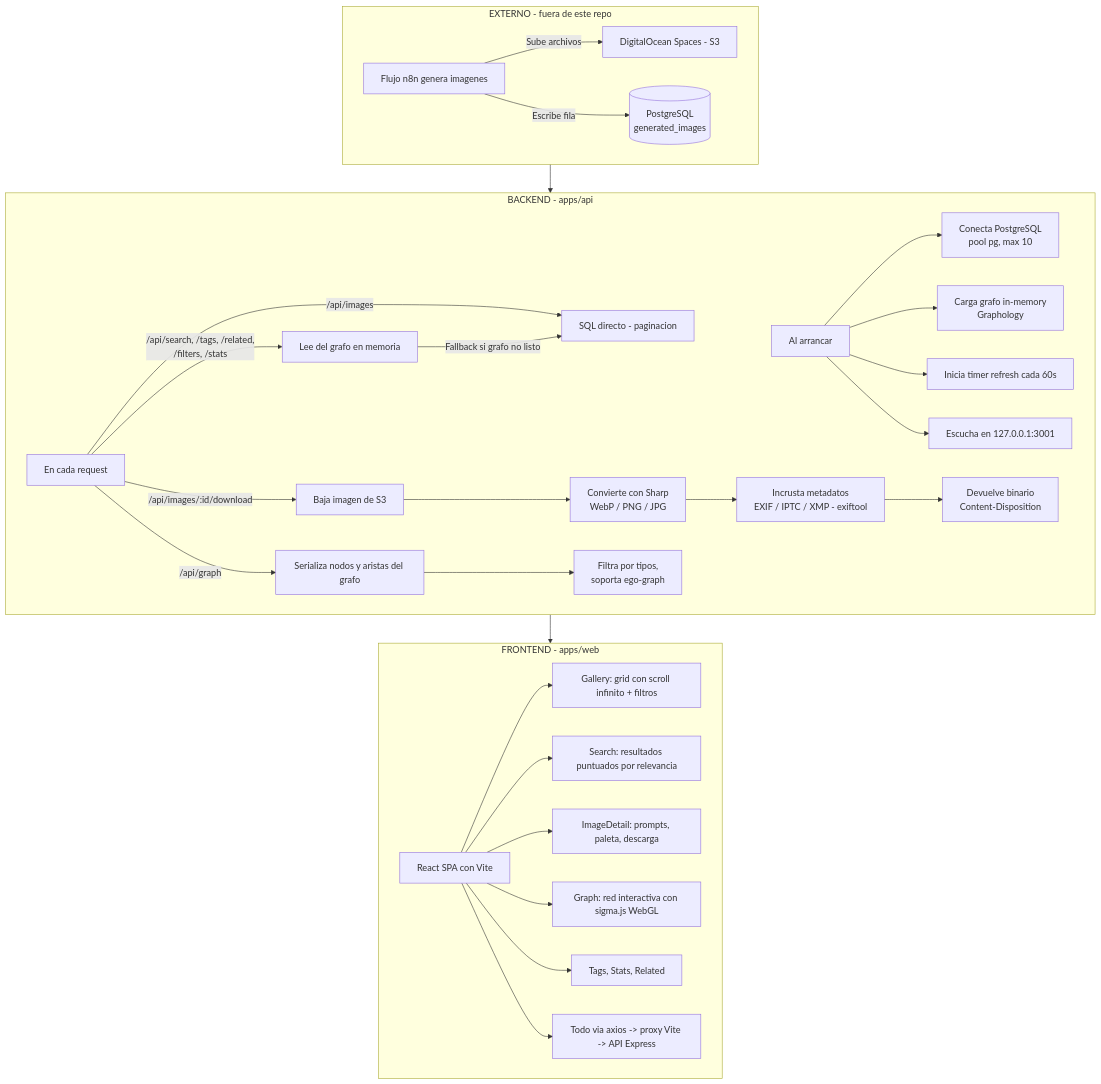
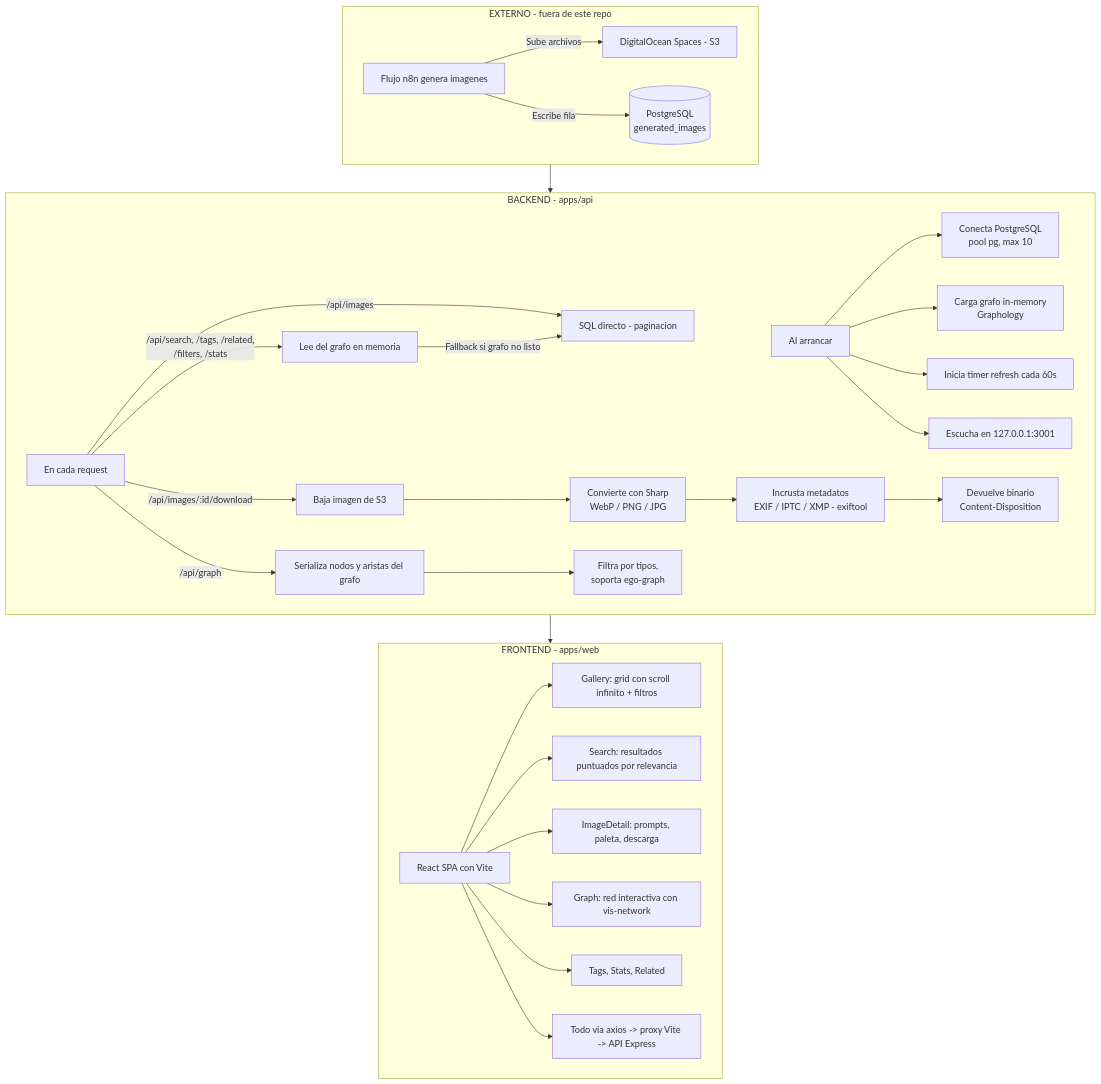
Before and after one commit to SenzaNomeca/Buscador-IA-con-grafos: the second of 4 diagrams in ARQUITECTURA.md, drawn with Mermaid. The commit also changed other lines of this file and 11 other files, not shown here.

````diff
--- a/ARQUITECTURA.md
+++ b/ARQUITECTURA.md
@@ -74,40 +77,40 @@
 ```mermaid
 flowchart TD
     subgraph EXTERNO["EXTERNO - fuera de este repo"]
         N8N[Flujo n8n genera imagenes]
         N8N --> |Sube archivos| S3ext[DigitalOcean Spaces - S3]
         N8N --> |Escribe fila| DBext[(PostgreSQL\ngenerated_images)]
     end
 
     subgraph BACKEND["BACKEND - apps/api"]
         ARR[Al arrancar]
         ARR --> PG[Conecta PostgreSQL\npool pg, max 10]
         ARR --> GRAF[Carga grafo in-memory\nGraphology]
         ARR --> TIMER[Inicia timer refresh cada 60s]
         ARR --> LISTEN[Escucha en 127.0.0.1:3001]
 
         REQ[En cada request]
         REQ --> |"/api/images"| SQL[SQL directo - paginacion]
         REQ --> |"/api/search, /tags, /related,\n/filters, /stats"| LEEGRAF[Lee del grafo en memoria]
         LEEGRAF --> |Fallback si grafo no listo| SQL
         REQ --> |"/api/images/:id/download"| DOWN[Baja imagen de S3]
         DOWN --> SHARP[Convierte con Sharp\nWebP / PNG / JPG]
         SHARP --> EXIF[Incrusta metadatos\nEXIF / IPTC / XMP - exiftool]
         EXIF --> BIN[Devuelve binario\nContent-Disposition]
         REQ --> |"/api/graph"| SERIAL[Serializa nodos y aristas del grafo]
         SERIAL --> FILTER[Filtra por tipos,\nsoporta ego-graph]
     end
 
     subgraph FRONTEND["FRONTEND - apps/web"]
         SPA[React SPA con Vite]
         SPA --> GALL[Gallery: grid con scroll infinito + filtros]
         SPA --> SEARCH[Search: resultados puntuados por relevancia]
         SPA --> DETAIL[ImageDetail: prompts, paleta, descarga]
-        SPA --> GRAPH[Graph: red interactiva con sigma.js WebGL]
+        SPA --> GRAPH[Graph: red interactiva con vis-network]
         SPA --> TAGS[Tags, Stats, Related]
         SPA --> AXIOS[Todo via axios -> proxy Vite -> API Express]
     end
 
     EXTERNO --> BACKEND
     BACKEND --> FRONTEND
 ```
````
